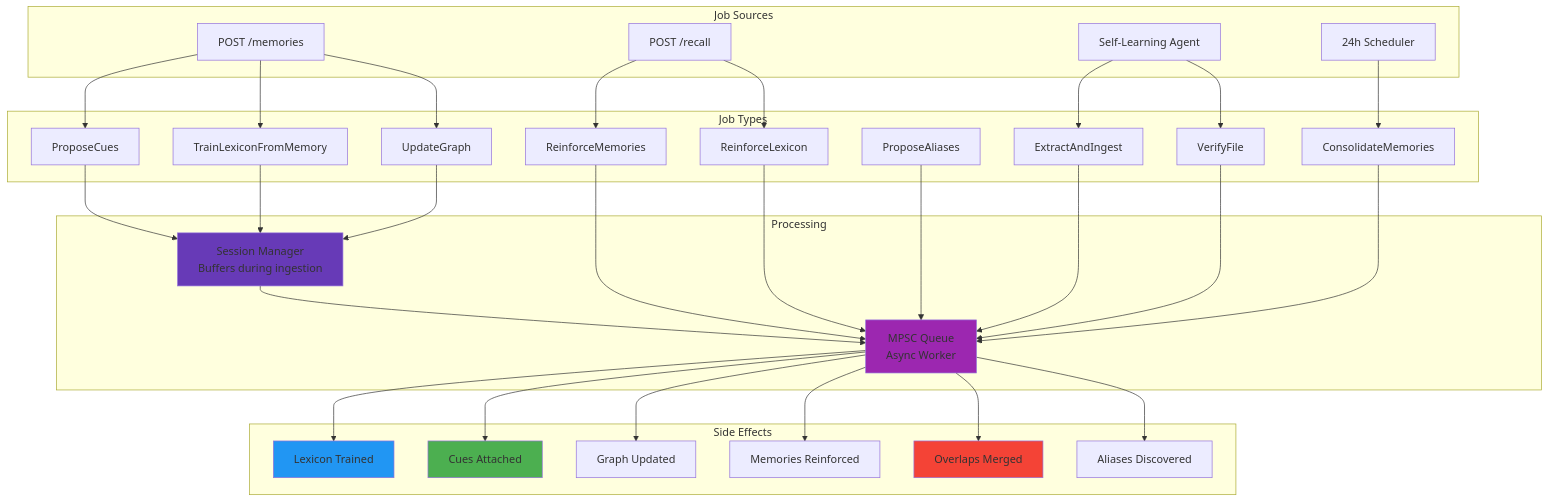
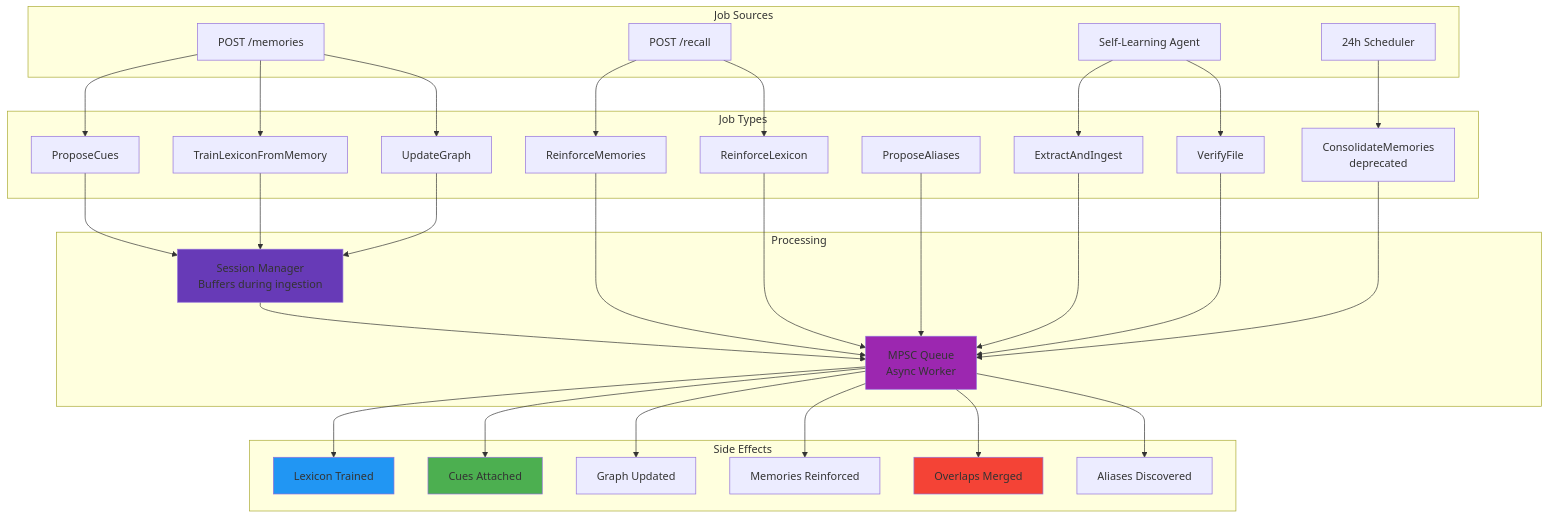
One commit to cuemap-dev/cuemap changed the fourth of 6 diagrams in README.md. Above: the diagram before and after it, drawn with Mermaid. The commit also changed other lines of this file and 17 other files, not shown here.

````diff
--- a/README.md
+++ b/README.md
@@ -883,54 +885,54 @@
 ```mermaid
 graph TB
     subgraph "Job Sources"
         WRITE[POST /memories]
         RECALL[POST /recall]
         AGENT[Self-Learning Agent]
         TIMER[24h Scheduler]
     end
     
     subgraph "Job Types"
         J1[ProposeCues]
         J2[TrainLexiconFromMemory]
         J3[UpdateGraph]
         J4[ReinforceMemories]
         J5[ReinforceLexicon]
         J6[ProposeAliases]
         J7[ExtractAndIngest]
         J8[VerifyFile]
-        J9[ConsolidateMemories]
+        J9[ConsolidateMemories<br/>deprecated]
     end
     
     subgraph "Processing"
         SESSION[Session Manager<br/>Buffers during ingestion]
         QUEUE[MPSC Queue<br/>Async Worker]
     end
     
     subgraph "Side Effects"
         E1[Lexicon Trained]
         E2[Cues Attached]
         E3[Graph Updated]
         E4[Memories Reinforced]
         E5[Overlaps Merged]
         E6[Aliases Discovered]
     end
     
     WRITE --> J1 & J2 & J3
     RECALL --> J4 & J5
     AGENT --> J7 & J8
     TIMER --> J9
     
     J1 & J2 & J3 --> SESSION
     SESSION --> QUEUE
     J4 & J5 & J6 --> QUEUE
     J7 & J8 --> QUEUE
     J9 --> QUEUE
     
     QUEUE --> E1 & E2 & E3 & E4 & E5 & E6
     
     style QUEUE fill:#9C27B0
     style SESSION fill:#673AB7
     style E1 fill:#2196F3
     style E2 fill:#4CAF50
     style E5 fill:#F44336
 ```
````
